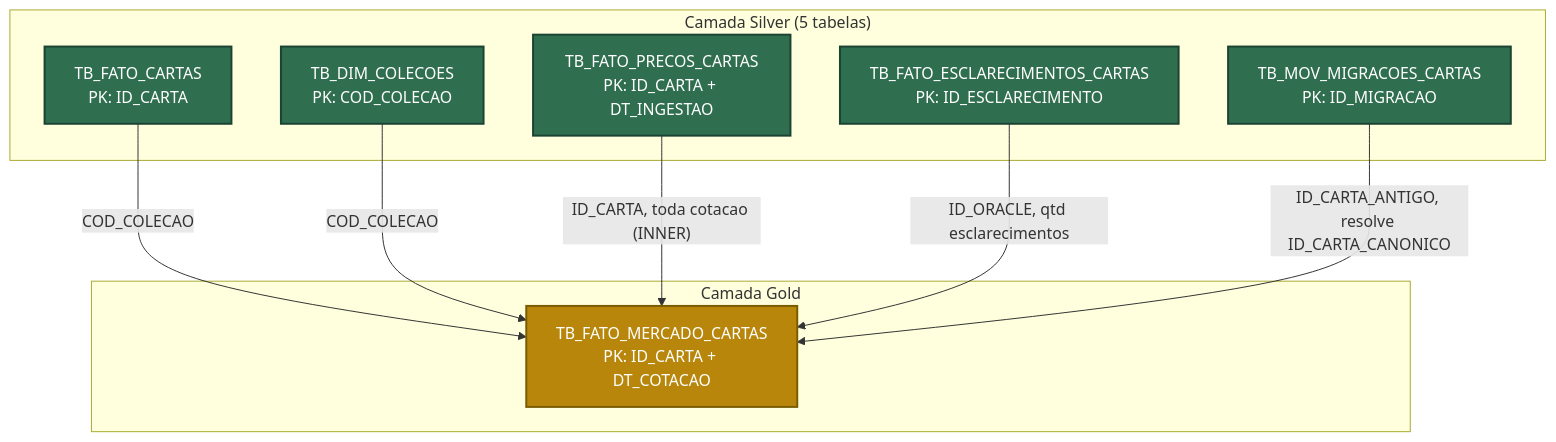
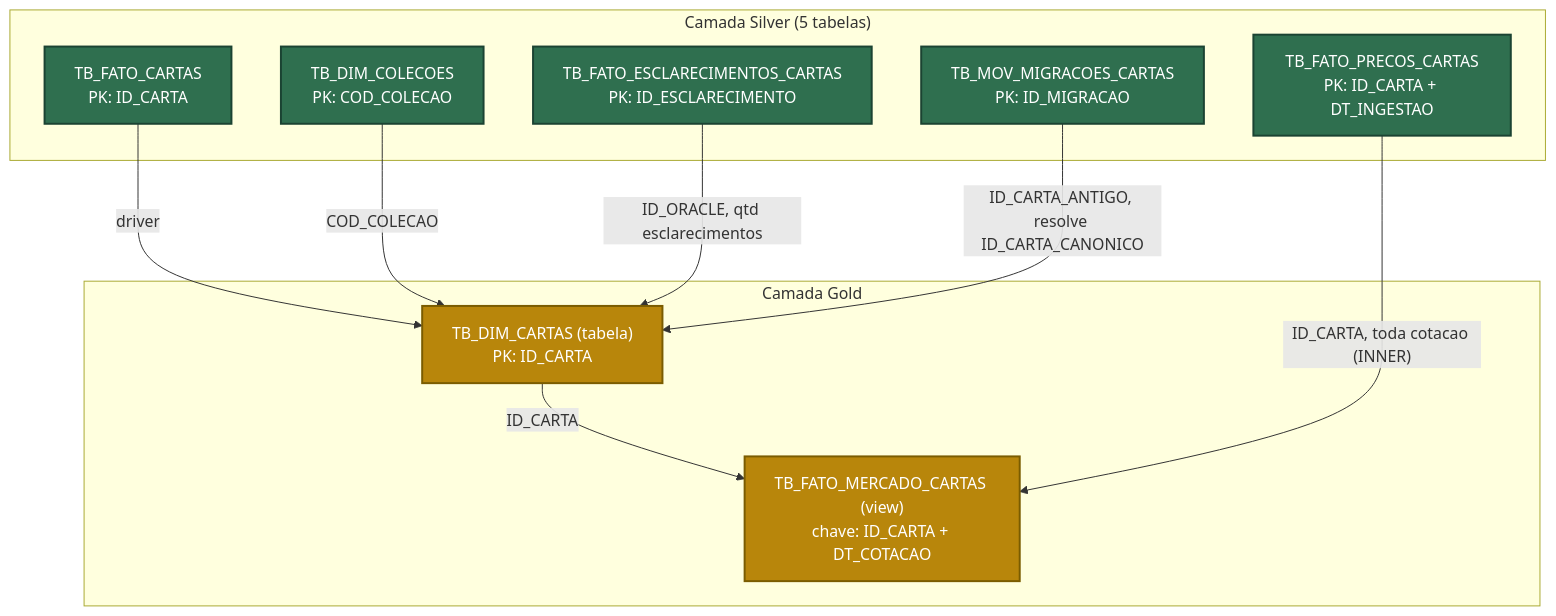
One commit to scudellerlemos/pipeline-databricks-mtg-dev changed the diagram in src/04 - Gold/Readme.md. Above: the diagram before and after it, drawn with Mermaid. The commit also changed other lines of this file and 8 other files, not shown here.

Commit message:
Gold como TB_DIM_CARTAS + view sobre os precos da Silver

````diff
--- a/src/04 - Gold/Readme.md
+++ b/src/04 - Gold/Readme.md
@@ -14,26 +14,28 @@
 ```mermaid
 graph TD
     subgraph SILVER["Camada Silver (5 tabelas)"]
         FATO_CARTAS["TB_FATO_CARTAS<br/>PK: ID_CARTA"]
         DIM_COLECOES["TB_DIM_COLECOES<br/>PK: COD_COLECAO"]
         FATO_PRECOS["TB_FATO_PRECOS_CARTAS<br/>PK: ID_CARTA + DT_INGESTAO"]
         FATO_ESCLARECIMENTOS["TB_FATO_ESCLARECIMENTOS_CARTAS<br/>PK: ID_ESCLARECIMENTO"]
         MOV_MIGRACOES["TB_MOV_MIGRACOES_CARTAS<br/>PK: ID_MIGRACAO"]
     end
 
     subgraph GOLD["Camada Gold"]
-        GOLD_MERCADO["TB_FATO_MERCADO_CARTAS<br/>PK: ID_CARTA + DT_COTACAO"]
+        GOLD_DIM["TB_DIM_CARTAS (tabela)<br/>PK: ID_CARTA"]
+        GOLD_MERCADO["TB_FATO_MERCADO_CARTAS (view)<br/>chave: ID_CARTA + DT_COTACAO"]
     end
 
-    FATO_CARTAS -->|"COD_COLECAO"| GOLD_MERCADO
-    DIM_COLECOES -->|"COD_COLECAO"| GOLD_MERCADO
+    FATO_CARTAS -->|"driver"| GOLD_DIM
+    DIM_COLECOES -->|"COD_COLECAO"| GOLD_DIM
+    FATO_ESCLARECIMENTOS -->|"ID_ORACLE, qtd esclarecimentos"| GOLD_DIM
+    MOV_MIGRACOES -->|"ID_CARTA_ANTIGO, resolve ID_CARTA_CANONICO"| GOLD_DIM
+    GOLD_DIM -->|"ID_CARTA"| GOLD_MERCADO
     FATO_PRECOS -->|"ID_CARTA, toda cotacao (INNER)"| GOLD_MERCADO
-    FATO_ESCLARECIMENTOS -->|"ID_ORACLE, qtd esclarecimentos"| GOLD_MERCADO
-    MOV_MIGRACOES -->|"ID_CARTA_ANTIGO, resolve ID_CARTA_CANONICO"| GOLD_MERCADO
 
     classDef used fill:#2f6f4f,stroke:#1b4332,color:#ffffff,stroke-width:2px;
     classDef gold fill:#b8860b,stroke:#7a5c00,color:#ffffff,stroke-width:2px;
 
     class FATO_CARTAS,DIM_COLECOES,FATO_PRECOS,FATO_ESCLARECIMENTOS,MOV_MIGRACOES used;
-    class GOLD_MERCADO gold;
+    class GOLD_DIM,GOLD_MERCADO gold;
 ```
````
